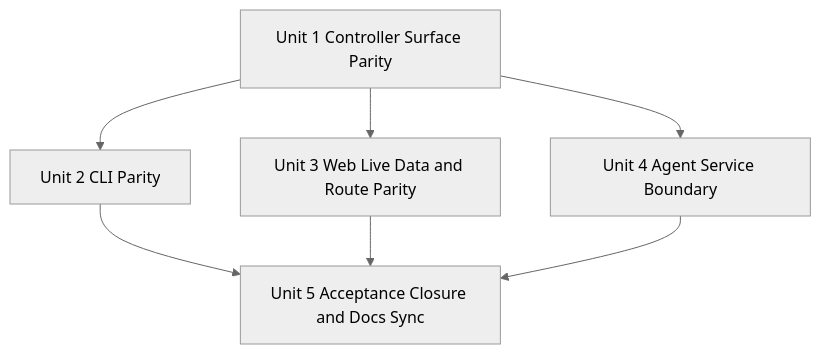
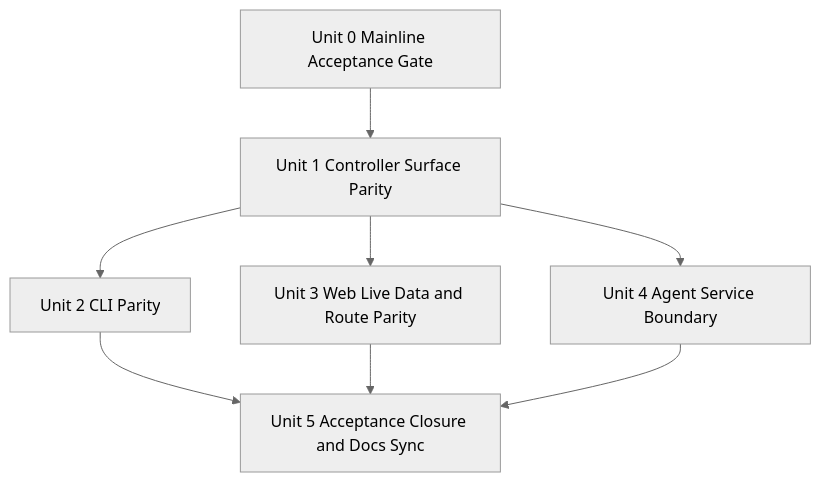
Before and after one commit to Jacobinwwey/portmanager: the first of 2 diagrams in docs/plans/2026-04-16-portmanager-mainline-reconciliation-plan.md, drawn with Mermaid (neutral theme). The commit also changed other lines of this file and 9 other files, not shown here.

Commit message:
ci: formalize mainline acceptance gate

````diff
--- a/docs/plans/2026-04-16-portmanager-mainline-reconciliation-plan.md
+++ b/docs/plans/2026-04-16-portmanager-mainline-reconciliation-plan.md
@@ -84,9 +101,10 @@
 ```mermaid
 flowchart TD
-  U1[Unit 1 Controller Surface Parity] --> U2[Unit 2 CLI Parity]
+  U0[Unit 0 Mainline Acceptance Gate] --> U1[Unit 1 Controller Surface Parity]
   U1 --> U3[Unit 3 Web Live Data and Route Parity]
   U1 --> U4[Unit 4 Agent Service Boundary]
+  U1 --> U2[Unit 2 CLI Parity]
   U2 --> U5[Unit 5 Acceptance Closure and Docs Sync]
   U3 --> U5
   U4 --> U5
 ```
````
